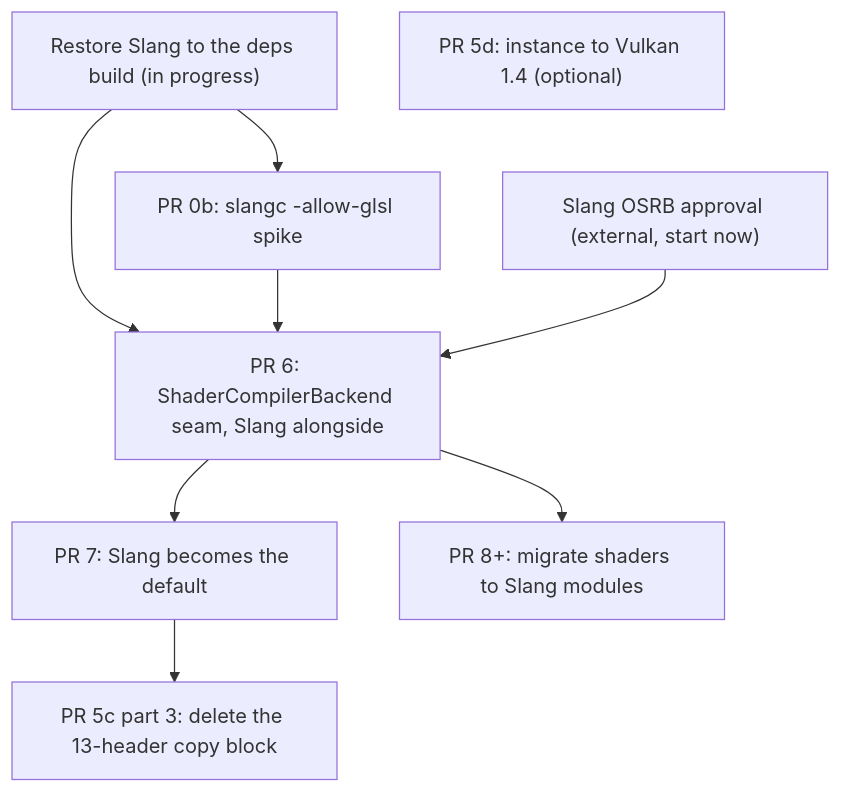
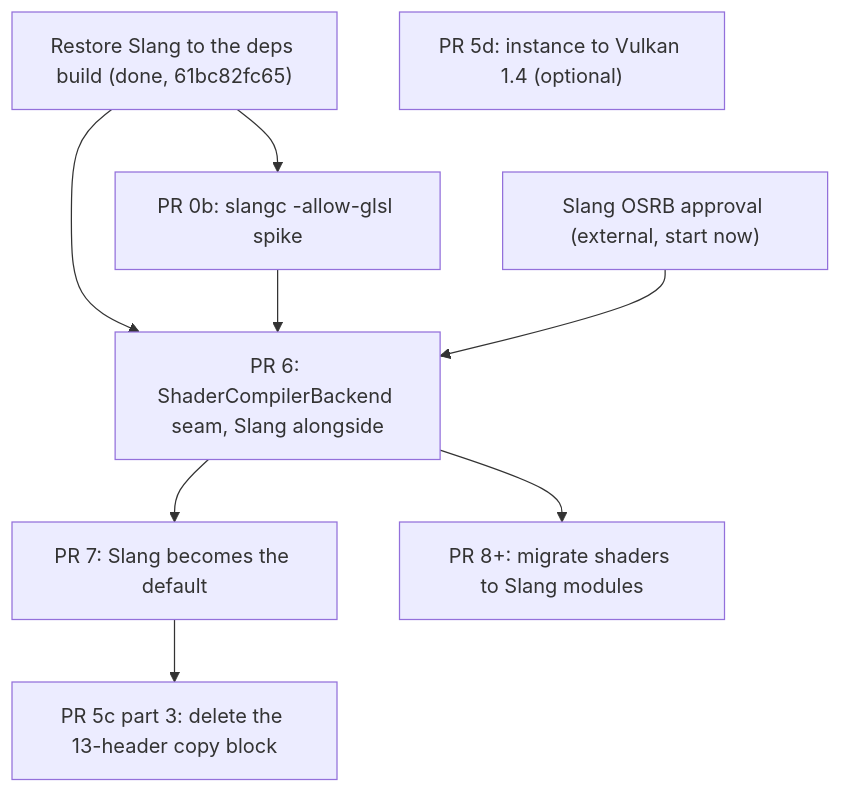
One commit to simoneves/heavydb changed the diagram in .cursor/plans/remaining-slang-migration-work.md. Above: the diagram before and after it, drawn with Mermaid. The commit also changed other lines of this file and 2 other files, not shown here.

Commit message:
Record that Slang is back in the build (DROP)

````diff
--- a/.cursor/plans/remaining-slang-migration-work.md
+++ b/.cursor/plans/remaining-slang-migration-work.md
@@ -96,19 +96,19 @@
 ```mermaid
 flowchart TD
-    Slang["Restore Slang to the deps build (in progress)"]
+    Slang["Restore Slang to the deps build (done, 61bc82fc65)"]
     OSRB["Slang OSRB approval (external, start now)"]
     PR0b["PR 0b: slangc -allow-glsl spike"]
     PR5c3["PR 5c part 3: delete the 13-header copy block"]
     PR5d["PR 5d: instance to Vulkan 1.4 (optional)"]
     PR6["PR 6: ShaderCompilerBackend seam, Slang alongside"]
     PR7["PR 7: Slang becomes the default"]
     PR8["PR 8+: migrate shaders to Slang modules"]
 
     Slang --> PR0b
     Slang --> PR6
     PR0b --> PR6
     OSRB --> PR6
     PR6 --> PR7
     PR6 --> PR8
     PR7 --> PR5c3
 ```
````
